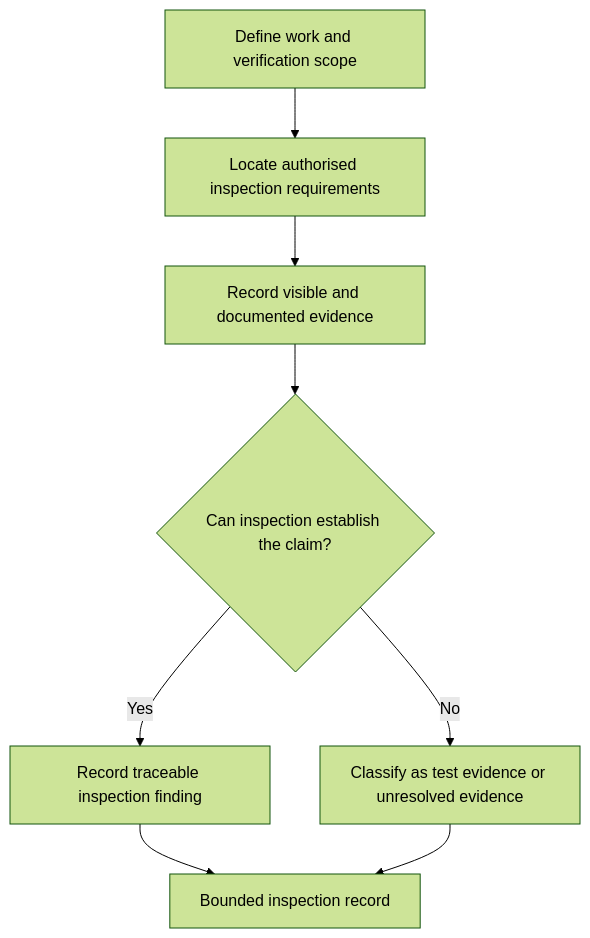
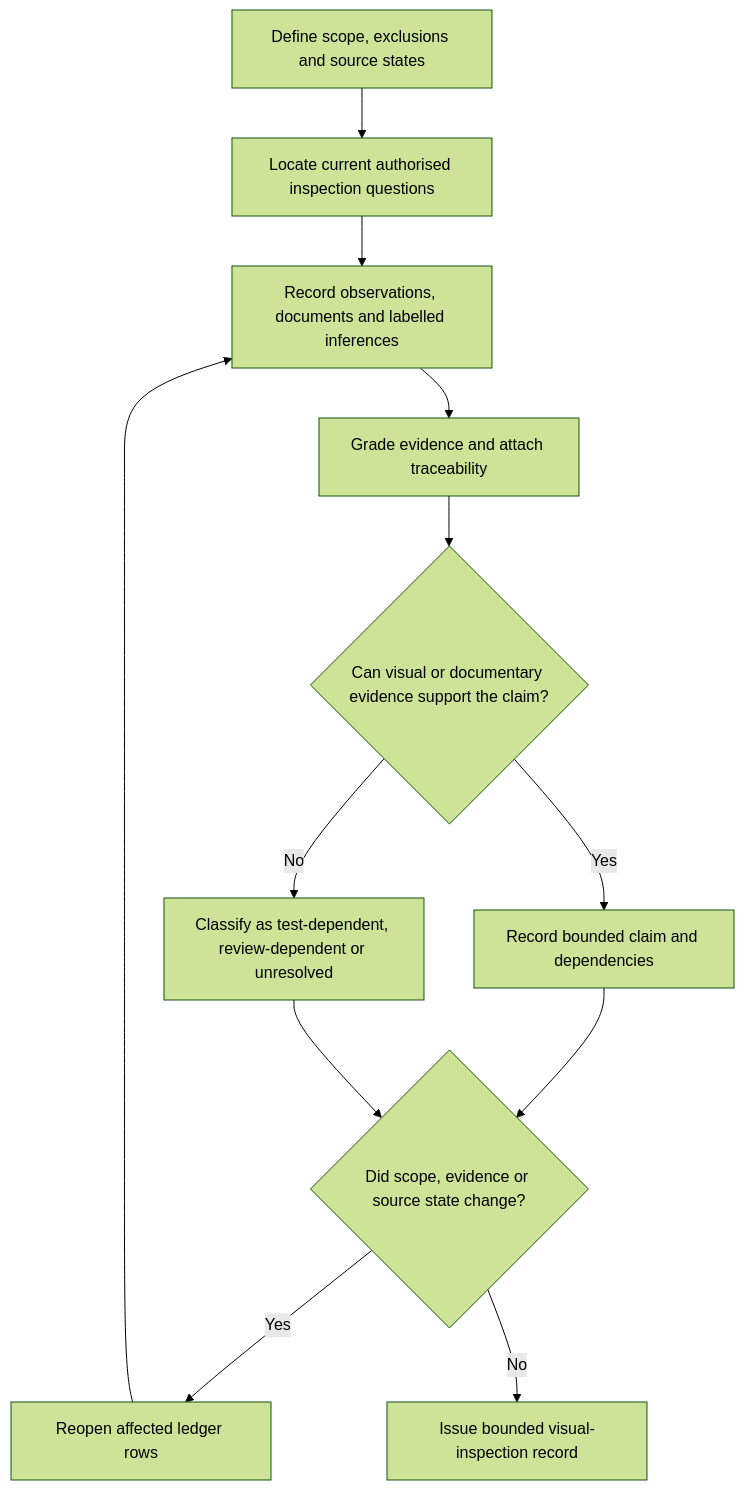
The diagram in docs/learning-plans/6-week/modules/day-36-verification-purpose-evidence-and-visual-inspection.md (andrew3stedall/capstone), drawn with Mermaid (forest theme) before and after one commit. The commit also changed other lines of this file and 4 other files, not shown here.

Commit message:
Improve Day 36 verification evidence module

````diff
--- a/docs/learning-plans/6-week/modules/day-36-verification-purpose-evidence-and-visual-inspection.md
+++ b/docs/learning-plans/6-week/modules/day-36-verification-purpose-evidence-and-visual-inspection.md
@@ -52,10 +90,14 @@
 ```mermaid
 flowchart TD
-    A[Define work and verification scope] --> B[Locate authorised inspection requirements]
-    B --> C[Record visible and documented evidence]
-    C --> D{Can inspection establish the claim?}
-    D -->|Yes| E[Record traceable inspection finding]
-    D -->|No| F[Classify as test evidence or unresolved evidence]
-    E --> G[Bounded inspection record]
-    F --> G
+    A[Define scope, exclusions and source states] --> B[Locate current authorised inspection questions]
+    B --> C[Record observations, documents and labelled inferences]
+    C --> D[Grade evidence and attach traceability]
+    D --> E{Can visual or documentary evidence support the claim?}
+    E -->|Yes| F[Record bounded claim and dependencies]
+    E -->|No| G[Classify as test-dependent, review-dependent or unresolved]
+    F --> H{Did scope, evidence or source state change?}
+    G --> H
+    H -->|Yes| I[Reopen affected ledger rows]
+    H -->|No| J[Issue bounded visual-inspection record]
+    I --> C
 ```
````
